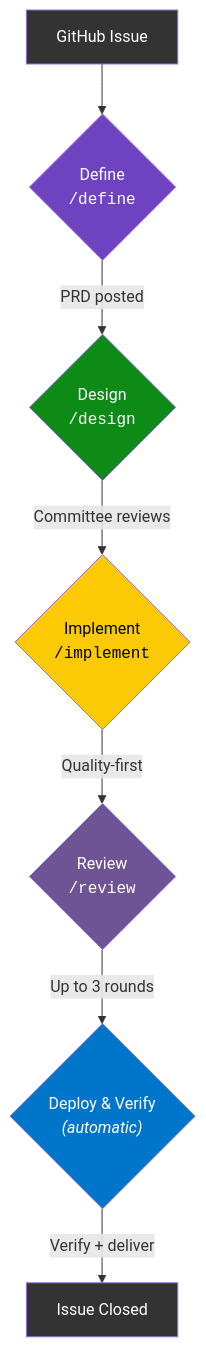
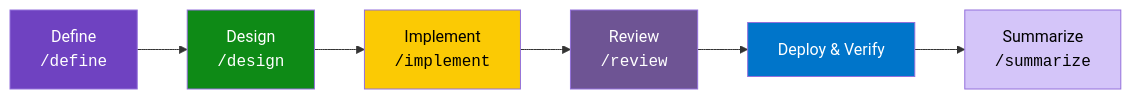
Before and after one commit to suniljames/directives: the third of 4 diagrams in docs/why.md, drawn with Mermaid. The commit also changed other lines of this file and 76 other files, not shown here.

````diff
--- a/docs/why.md
+++ b/docs/why.md
@@ -95,17 +93,15 @@
 ```mermaid
-graph TD
-    A["GitHub Issue"] --> B{"Define<br/><code>/define</code>"}
-    B -->|"PRD posted"| C{"Design<br/><code>/design</code>"}
-    C -->|"Committee reviews"| D{"Implement<br/><code>/implement</code>"}
-    D -->|"Quality-first"| E{"Review<br/><code>/review</code>"}
-    E -->|"Up to 3 rounds"| F{"Deploy & Verify<br/><em>(automatic)</em>"}
-    F -->|"Verify + deliver"| G["Issue Closed"]
+graph LR
+    A["Define<br/><code>/define</code>"] --> B["Design<br/><code>/design</code>"]
+    B --> C["Implement<br/><code>/implement</code>"]
+    C --> D["Review<br/><code>/review</code>"]
+    D --> E["Deploy & Verify"]
+    E --> F["Summarize<br/><code>/summarize</code>"]
 
-    style A fill:#333,color:#fff
-    style B fill:#6f42c1,color:#fff
-    style C fill:#0e8a16,color:#fff
-    style D fill:#fbca04,color:#000
-    style E fill:#6e5494,color:#fff
-    style F fill:#0075ca,color:#fff
-    style G fill:#333,color:#fff
+    style A fill:#6f42c1,color:#fff
+    style B fill:#0e8a16,color:#fff
+    style C fill:#fbca04,color:#000
+    style D fill:#6e5494,color:#fff
+    style E fill:#0075ca,color:#fff
+    style F fill:#d4c5f9,color:#000
 ```
````
